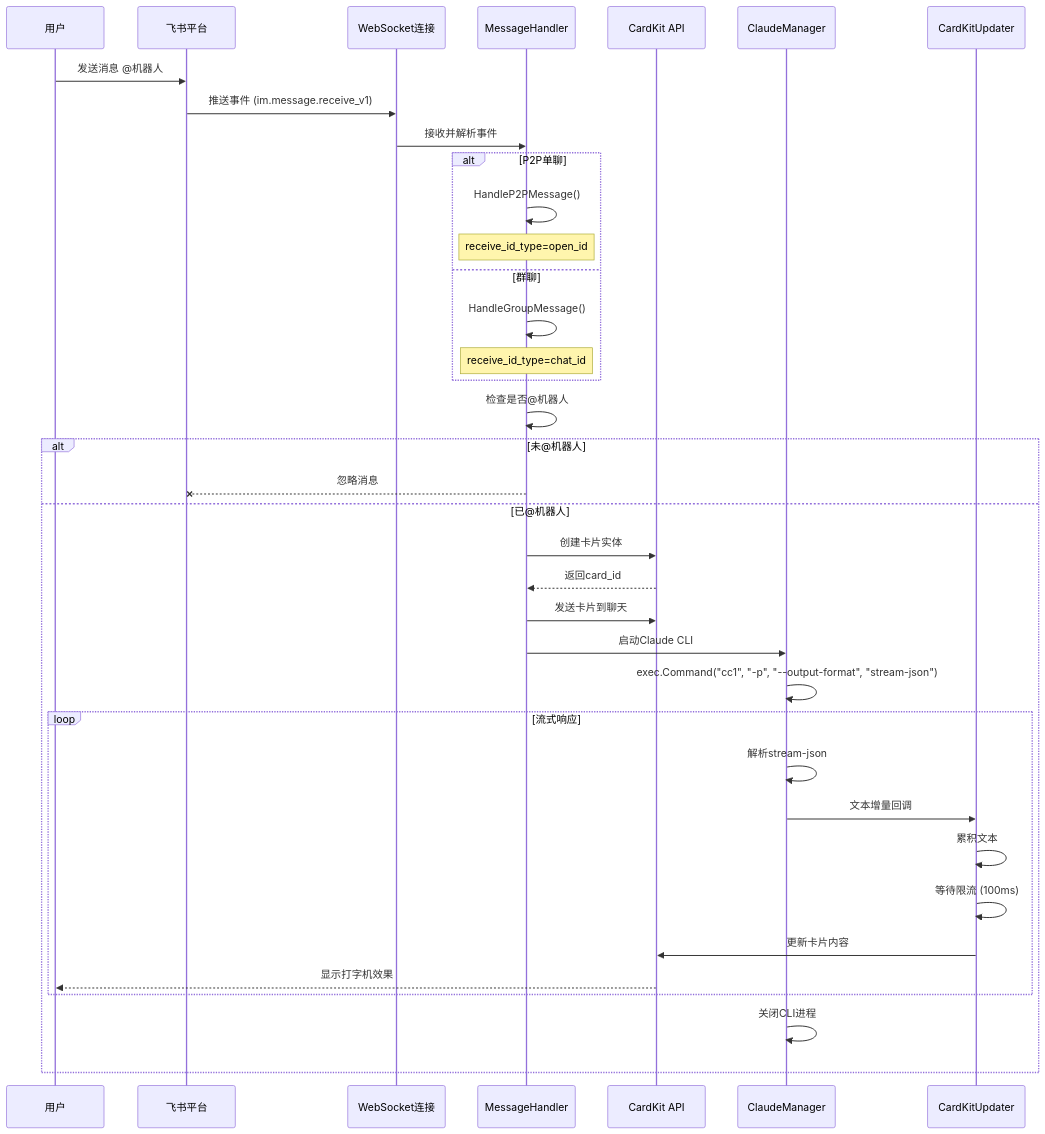
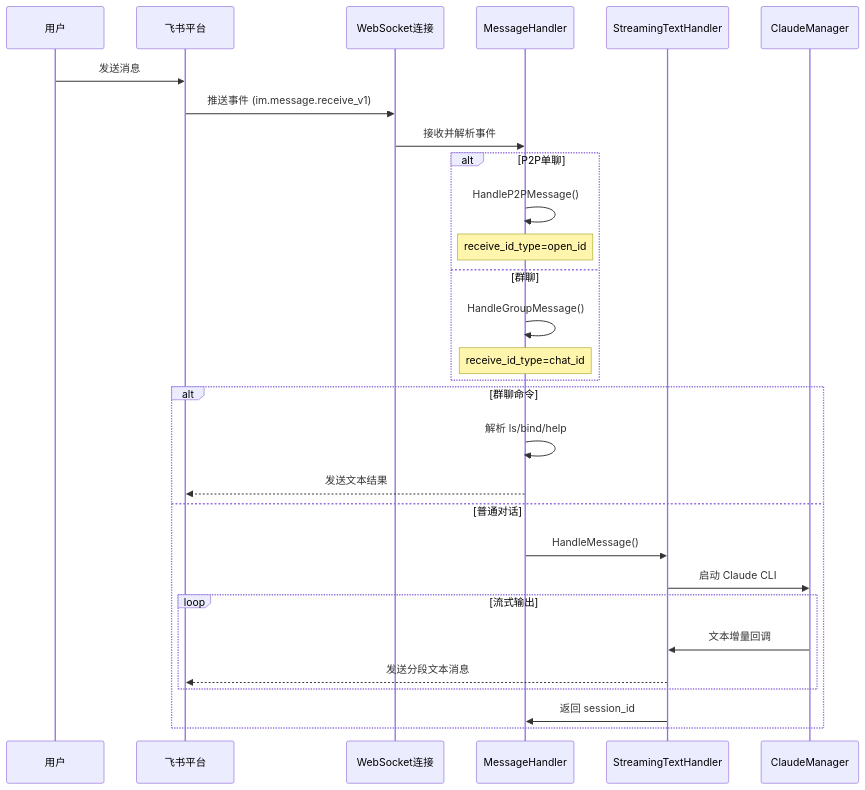
The second of 3 diagrams in docs/flowchart.md (whysmx/feishu-bot), drawn with Mermaid before and after one commit. The commit also changed other lines of this file and 11 other files, not shown here.

Commit message:
Update docs for text streaming bot

````diff
--- a/docs/flowchart.md
+++ b/docs/flowchart.md
@@ -63,46 +51,34 @@
 ```mermaid
 sequenceDiagram
     participant U as 用户
     participant F as 飞书平台
     participant W as WebSocket连接
     participant MH as MessageHandler
-    participant CK as CardKit API
+    participant ST as StreamingTextHandler
     participant CM as ClaudeManager
-    participant CU as CardKitUpdater
 
-    U->>F: 发送消息 @机器人
+    U->>F: 发送消息
     F->>W: 推送事件 (im.message.receive_v1)
     W->>MH: 接收并解析事件
 
     alt P2P单聊
         MH->>MH: HandleP2PMessage()
         Note over MH: receive_id_type=open_id
     else 群聊
         MH->>MH: HandleGroupMessage()
         Note over MH: receive_id_type=chat_id
     end
 
-    MH->>MH: 检查是否@机器人
-
-    alt 未@机器人
-        MH--xF: 忽略消息
-    else 已@机器人
-        MH->>CK: 创建卡片实体
-        CK-->>MH: 返回card_id
-        MH->>CK: 发送卡片到聊天
-
-        MH->>CM: 启动Claude CLI
-        CM->>CM: exec.Command("cc1", "-p", "--output-format", "stream-json")
-
-        loop 流式响应
-            CM->>CM: 解析stream-json
-            CM->>CU: 文本增量回调
-            CU->>CU: 累积文本
-            CU->>CU: 等待限流 (100ms)
-            CU->>CK: 更新卡片内容
-            CK-->>U: 显示打字机效果
+    alt 群聊命令
+        MH->>MH: 解析 ls/bind/help
+        MH-->>F: 发送文本结果
+    else 普通对话
+        MH->>ST: HandleMessage()
+        ST->>CM: 启动 Claude CLI
+        loop 流式输出
+            CM->>ST: 文本增量回调
+            ST-->>F: 发送分段文本消息
         end
-
-        CM->>CM: 关闭CLI进程
+        ST->>MH: 返回 session_id
     end
 ```
````
